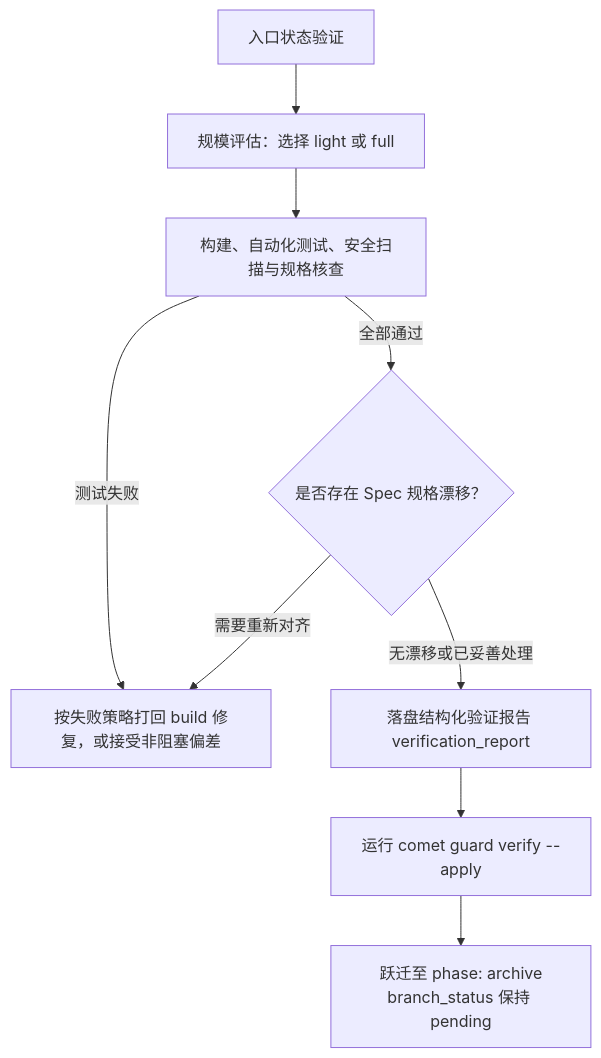
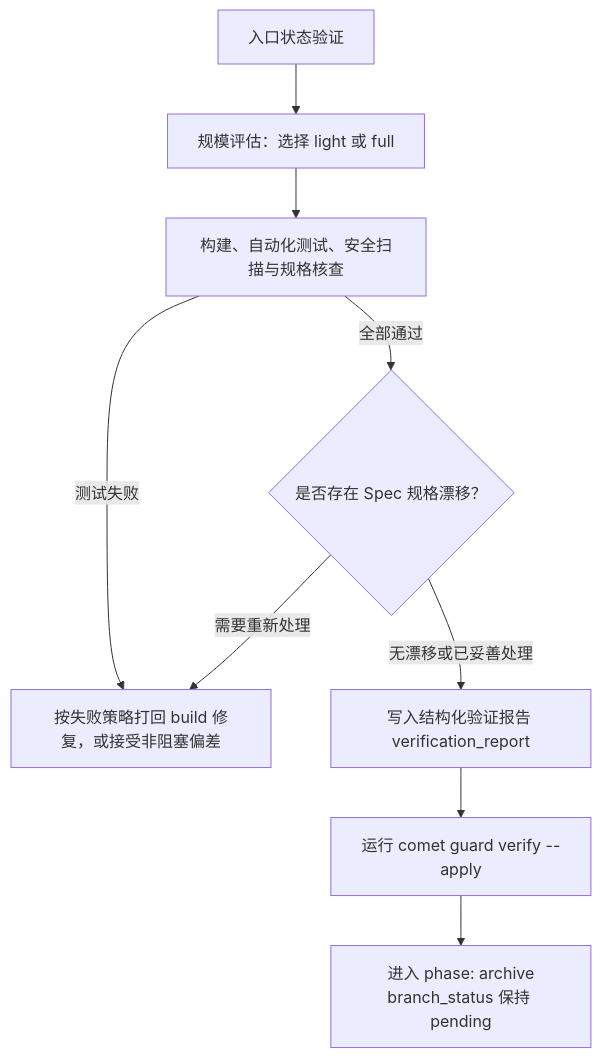
One commit to rpamis/comet-website-docs changed the diagram in zh/phases/verify.mdx. Above: the diagram before and after it, drawn with Mermaid. The commit also changed other lines of this file and 102 other files, not shown here.

````diff
--- a/zh/phases/verify.mdx
+++ b/zh/phases/verify.mdx
@@ -22,11 +22,11 @@
 ```mermaid
 flowchart TD
     Entry["入口状态验证"] --> Scale["规模评估：选择 light 或 full"]
     Scale --> Checks["构建、自动化测试、安全扫描与规格核查"]
     Checks -->|测试失败| Repair["按失败策略打回 build 修复，或接受非阻塞偏差"]
     Checks -->|全部通过| Drift{"是否存在 Spec 规格漂移？"}
-    Drift -->|需要重新对齐| Repair
-    Drift -->|无漂移或已妥善处理| Report["落盘结构化验证报告 verification_report"]
+    Drift -->|需要重新处理| Repair
+    Drift -->|无漂移或已妥善处理| Report["写入结构化验证报告 verification_report"]
     Report --> Guard["运行 comet guard verify --apply"]
-    Guard --> Archive["跃迁至 phase: archive<br/>branch_status 保持 pending"]
+    Guard --> Archive["进入 phase: archive<br/>branch_status 保持 pending"]
 ```
````
